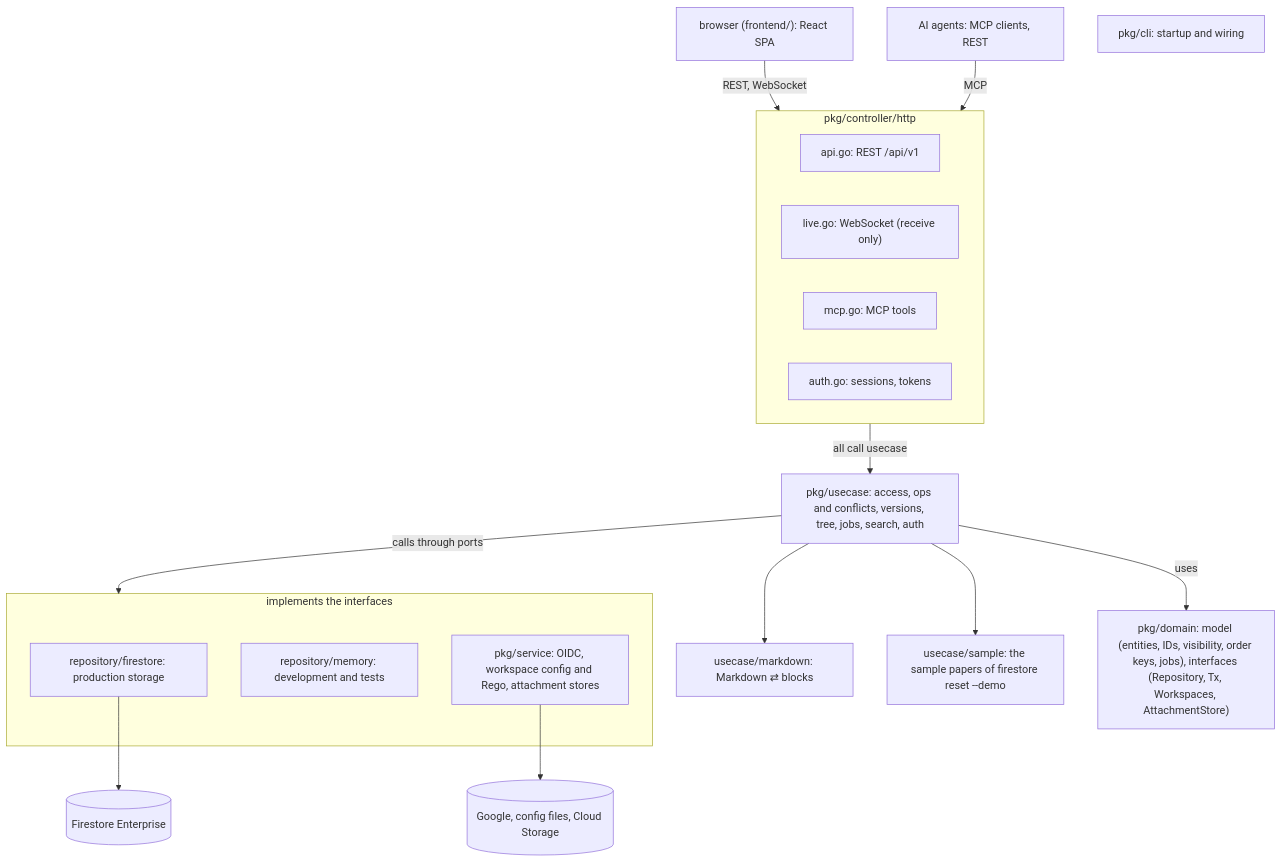
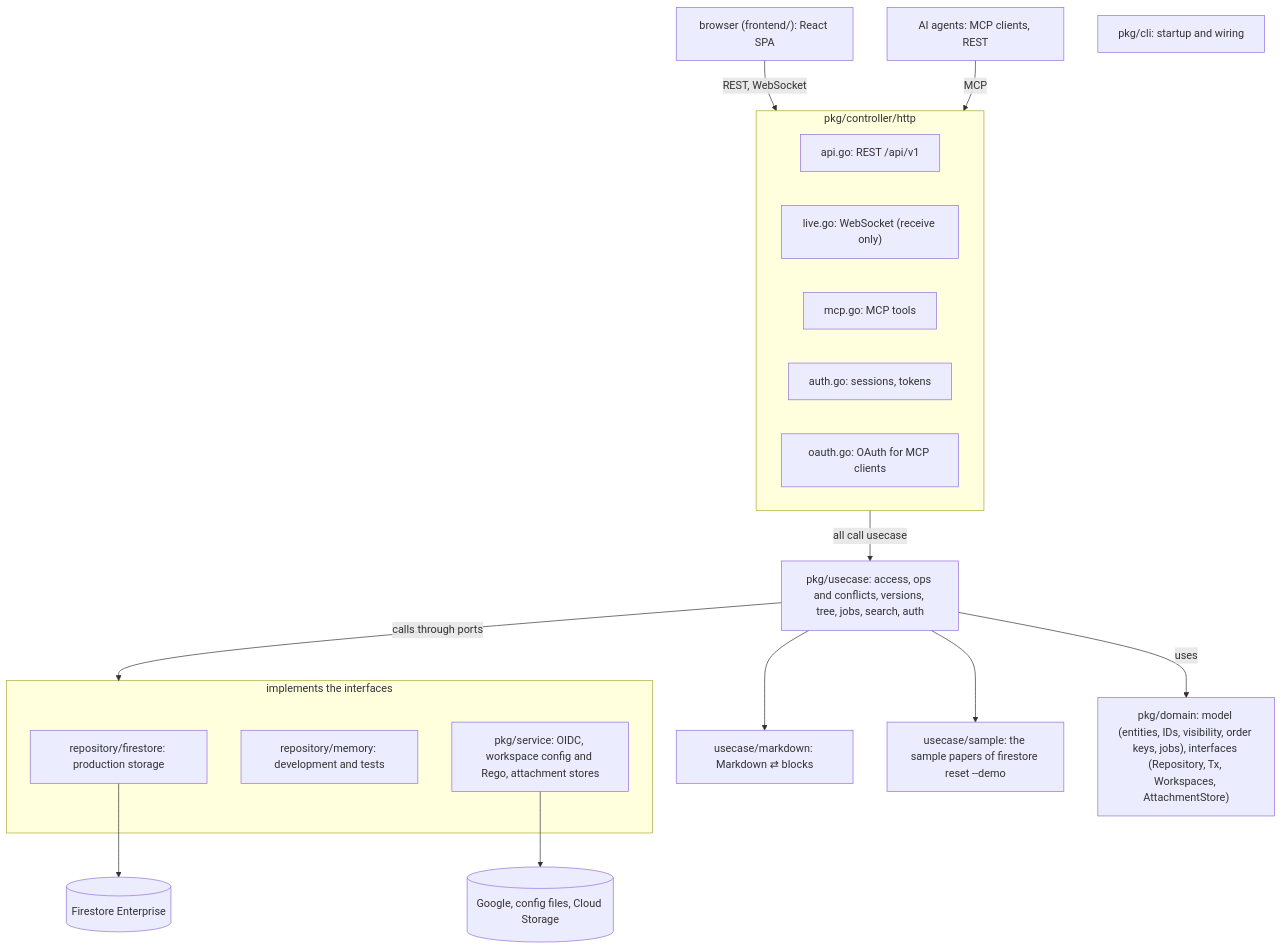
Before and after one commit to m-mizutani/papers: the first of 3 diagrams in docs/codebase.md, drawn with Mermaid. The commit also changed other lines of this file and 42 other files, not shown here.

First line of the commit message:
feat: connect MCP clients through OAuth and show token issue times (#27)

````diff
--- a/docs/codebase.md
+++ b/docs/codebase.md
@@ -24,24 +25,25 @@
 ```mermaid
 flowchart TB
   browser["browser (frontend/): React SPA"] -- "REST, WebSocket" --> http
   agents["AI agents: MCP clients, REST"] -- "MCP" --> http
   cli["pkg/cli: startup and wiring"]
   subgraph http["pkg/controller/http"]
     api["api.go: REST /api/v1"]
     live["live.go: WebSocket (receive only)"]
     mcp["mcp.go: MCP tools"]
     auth["auth.go: sessions, tokens"]
+    oauth["oauth.go: OAuth for MCP clients"]
   end
   http -- "all call usecase" --> uc["pkg/usecase: access, ops and conflicts, versions, tree, jobs, search, auth"]
   uc --> md["usecase/markdown: Markdown ⇄ blocks"]
   uc --> sample["usecase/sample: the sample papers of firestore reset --demo"]
   uc -- uses --> domain["pkg/domain: model (entities, IDs, visibility, order keys, jobs), interfaces (Repository, Tx, Workspaces, AttachmentStore)"]
   uc -- "calls through ports" --> impl
   subgraph impl["implements the interfaces"]
     fsr["repository/firestore: production storage"]
     mem["repository/memory: development and tests"]
     svc["pkg/service: OIDC, workspace config and Rego, attachment stores"]
   end
   fsr --> fs[("Firestore Enterprise")]
   svc --> ext[("Google, config files, Cloud Storage")]
 ```
````
